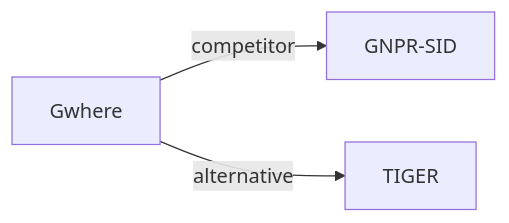
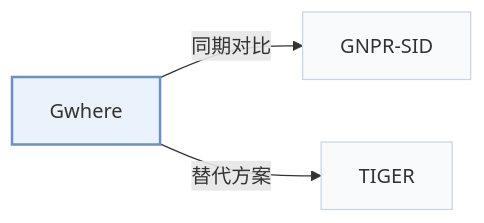
Before and after one commit to Galaxy-ghost/Awesome-SID-Generative-Rec: the third of 3 diagrams in pages/zh/papers/gwhere.md, drawn with Mermaid. The commit also changed other lines of this file and 649 other files, not shown here.

Commit message:
writer-05: also tags and modality index (schema, check, build, visuals); summary field removed; calibration data for 12 papers

````diff
--- a/pages/zh/papers/gwhere.md
+++ b/pages/zh/papers/gwhere.md
@@ -125,6 +135,10 @@
 ```mermaid
 flowchart LR
     P["Gwhere"]
-    P -->|competitor| A["GNPR-SID"]
-    P -->|alternative| B["TIGER"]
+    P -->|"同期对比"| A["GNPR-SID"]
+    P -->|"替代方案"| B["TIGER"]
+    classDef main fill:#eaf2fb,stroke:#6b8fc7,stroke-width:2px
+    classDef peer fill:#f8fafc,stroke:#cbd5e1
+    class P main
+    class A,B peer
 ```
````
